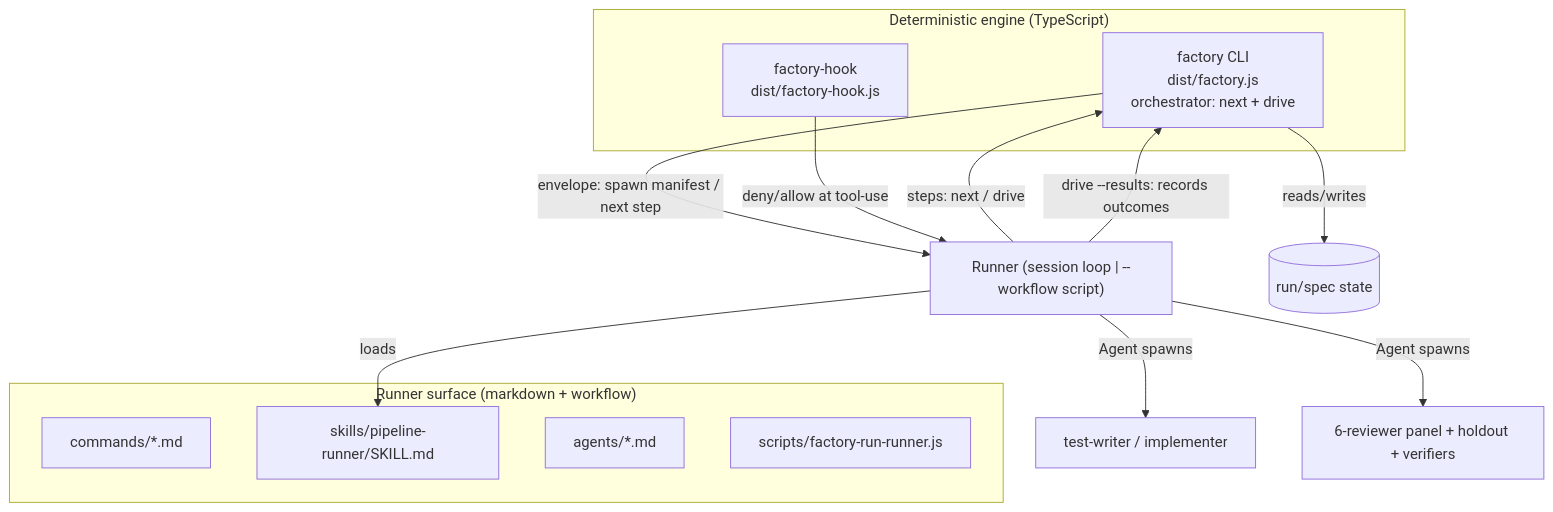
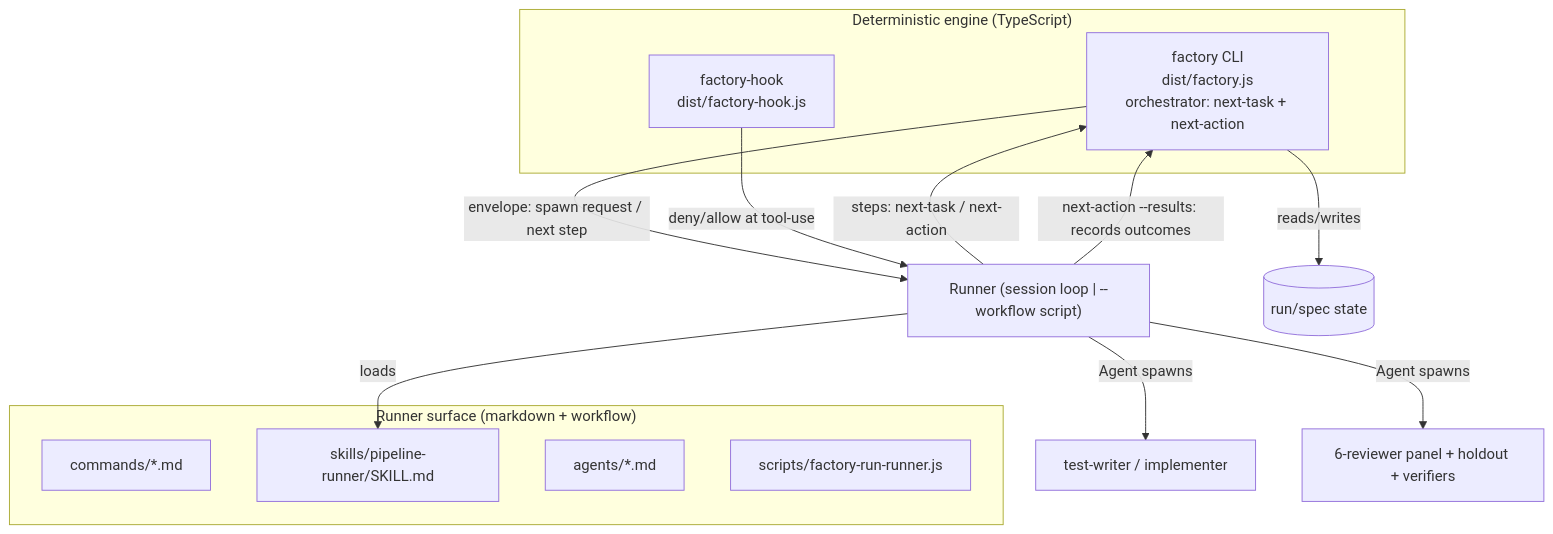
Before and after one commit to jfa94/factory: the second of 3 diagrams in docs/architecture/overview.md, drawn with Mermaid. The commit also changed other lines of this file and 35 other files, not shown here.

````diff
--- a/docs/architecture/overview.md
+++ b/docs/architecture/overview.md
@@ -35,23 +35,23 @@
 ```mermaid
 graph TD
   subgraph Surface["Runner surface (markdown + workflow)"]
     Cmd[commands/*.md]
     Skill[skills/pipeline-runner/SKILL.md]
     Agents[agents/*.md]
     WF[scripts/factory-run-runner.js]
   end
 
   subgraph Engine["Deterministic engine (TypeScript)"]
-    CLI[factory CLI<br/>dist/factory.js<br/>orchestrator: next + drive]
+    CLI[factory CLI<br/>dist/factory.js<br/>orchestrator: next-task + next-action]
     Hook[factory-hook<br/>dist/factory-hook.js]
   end
 
   Runner["Runner (session loop | --workflow script)"] -->|loads| Skill
-  Runner -->|steps: next / drive| CLI
-  CLI -->|envelope: spawn manifest / next step| Runner
+  Runner -->|steps: next-task / next-action| CLI
+  CLI -->|envelope: spawn request / next step| Runner
   Runner -->|Agent spawns| Producers[test-writer / implementer]
   Runner -->|Agent spawns| Panel[6-reviewer panel + holdout + verifiers]
-  Runner -->|drive --results: records outcomes| CLI
+  Runner -->|next-action --results: records outcomes| CLI
   CLI -->|reads/writes| State[(run/spec state)]
   Hook -->|deny/allow at tool-use| Runner
 ```
````
